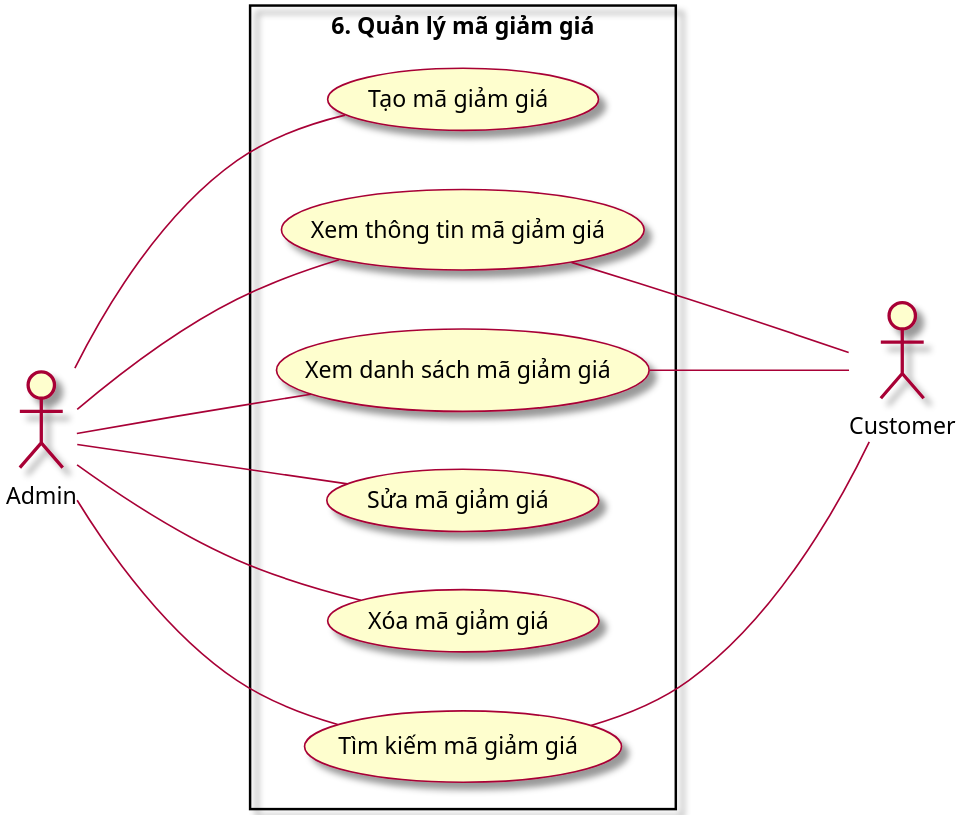
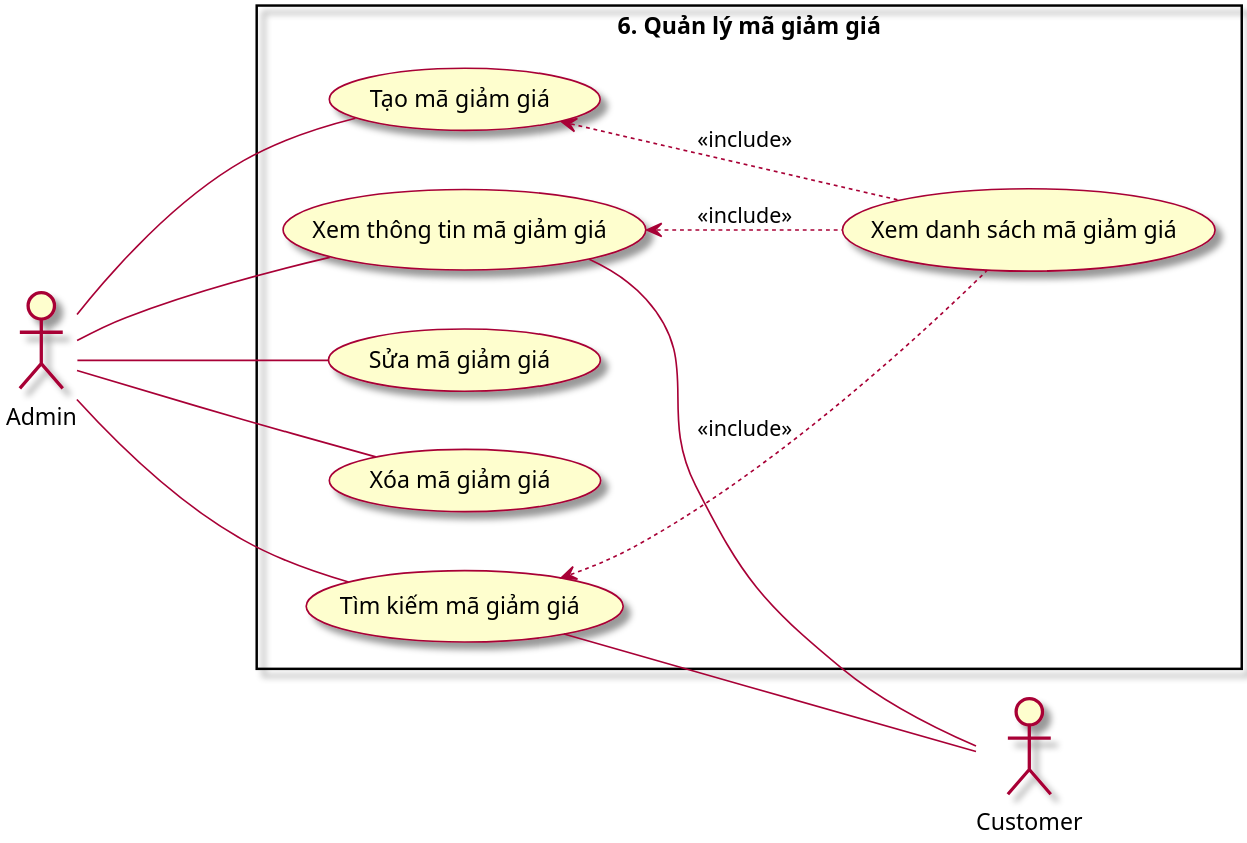
One commit to Marowota/ecommerce-plantuml changed the diagram in Usecase/6. ManageVoucher.puml. Above: the diagram before and after it, drawn with PlantUML. The commit also changed 7 other files, not shown here.

```diff
--- a/Usecase/6. ManageVoucher.puml
+++ b/Usecase/6. ManageVoucher.puml
@@ -1,30 +1,32 @@
 @startuml ManageVoucher
 
 left to right direction
 scale 3
 skin rose
 
 actor Admin as admin
 actor Customer as customer
 
 rectangle "6. Quản lý mã giảm giá" {
     usecase (Tạo mã giảm giá) as tmgg
     usecase (Xem thông tin mã giảm giá) as xttmgg
     usecase (Xem danh sách mã giảm giá) as xdsmgg
     usecase (Sửa mã giảm giá) as smgg
     usecase (Xóa mã giảm giá) as xmgg
     usecase (Tìm kiếm mã giảm giá) as tkmgg
 }
 
 admin --- tmgg
 admin --- xttmgg
-admin --- xdsmgg
 admin --- smgg
 admin --- xmgg
 admin --- tkmgg
 
-xttmgg --- customer
-xdsmgg --- customer
-tkmgg --- customer
+xttmgg -- customer
+tkmgg -- customer
+
+tmgg <.. xdsmgg : <<include>>
+xttmgg <.. xdsmgg : <<include>>
+tkmgg <.. xdsmgg : <<include>>
 
 @enduml
```
